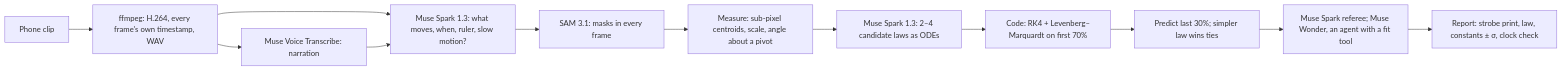
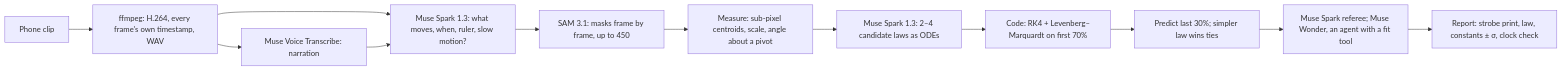
The diagram in README.md (RohanGlitched/ansatz), drawn with Mermaid before and after one commit. The commit also changed other lines of this file and 66 other files, not shown here.

````diff
--- a/README.md
+++ b/README.md
@@ -49,14 +51,14 @@
 ```mermaid
 flowchart LR
   A[Phone clip] --> B[ffmpeg: H.264, every frame's own timestamp, WAV]
   B --> C[Muse Voice Transcribe: narration]
   B --> D[Muse Spark 1.3: what moves, when, ruler, slow motion?]
   C --> D
-  D --> E[SAM 3.1: masks in every frame]
+  D --> E[SAM 3.1: masks frame by frame, up to 450]
   E --> F[Measure: sub-pixel centroids, scale, angle about a pivot]
   F --> G[Muse Spark 1.3: 2–4 candidate laws as ODEs]
   G --> H[Code: RK4 + Levenberg–Marquardt on first 70%]
   H --> I[Predict last 30%; simpler law wins ties]
   I --> J[Muse Spark referee; Muse Wonder, an agent with a fit tool]
   J --> K[Report: strobe print, law, constants ± σ, clock check]
 ```
````
